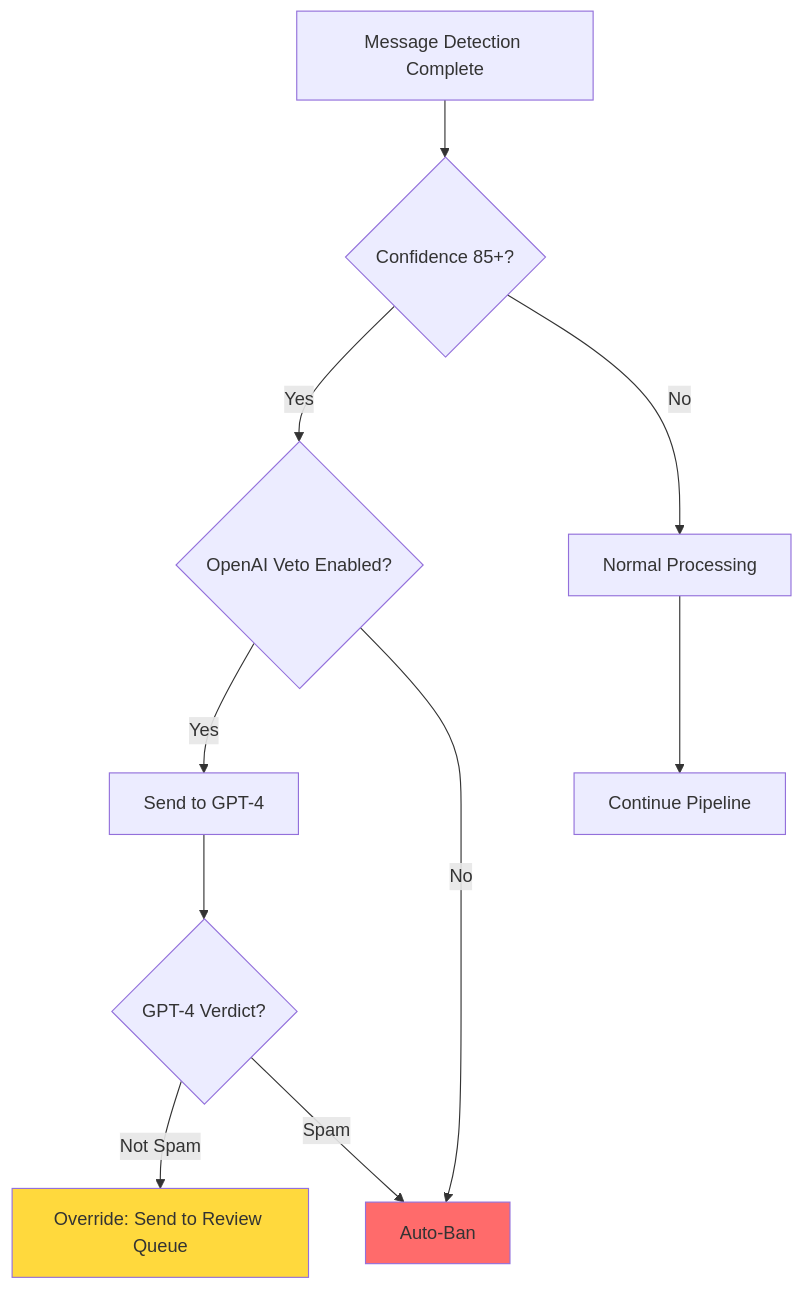
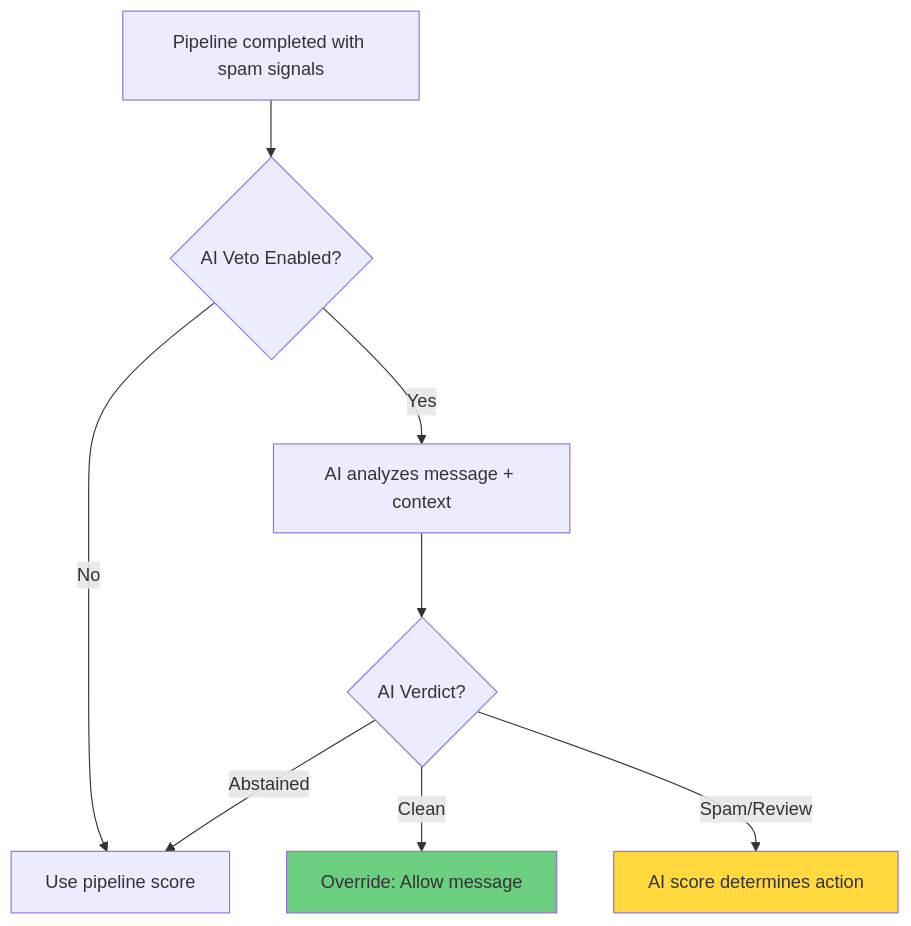
The second of 3 diagrams in TelegramGroupsAdmin/Docs/features/03-spam-detection.md (musicislife08/TelegramGroupsAdmin), drawn with Mermaid before and after one commit. The commit also changed other lines of this file and 21 other files, not shown here.

````diff
--- a/TelegramGroupsAdmin/Docs/features/03-spam-detection.md
+++ b/TelegramGroupsAdmin/Docs/features/03-spam-detection.md
@@ -557,15 +305,13 @@
 ```mermaid
 flowchart TD
-    A[Message Detection Complete] --> B{Confidence 85+?}
-    B -->|Yes| C{OpenAI Veto Enabled?}
-    B -->|No| E[Normal Processing]
-    C -->|Yes| D[Send to GPT-4]
-    C -->|No| F[Auto-Ban]
-    D --> G{GPT-4 Verdict?}
-    G -->|Not Spam| H[Override: Send to Review Queue]
-    G -->|Spam| F
-    E --> I[Continue Pipeline]
+    A[Pipeline completed with spam signals] --> B{AI Veto Enabled?}
+    B -->|No| C[Use pipeline score]
+    B -->|Yes| D[AI analyzes message + context]
+    D --> E{AI Verdict?}
+    E -->|Clean| F[Override: Allow message]
+    E -->|Spam/Review| G[AI score determines action]
+    E -->|Abstained| C
 
-    style F fill:#ff6b6b
-    style H fill:#ffd93d
+    style F fill:#6bcf7f
+    style G fill:#ffd93d
 ```
````
